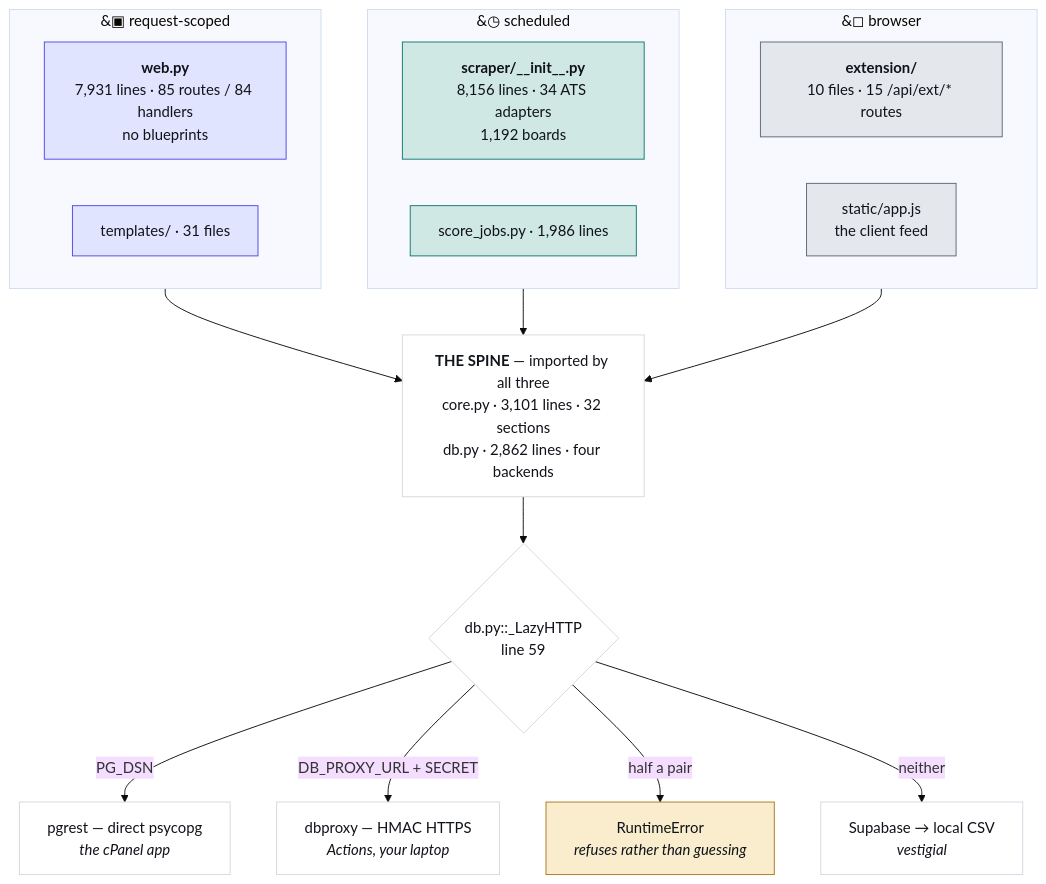
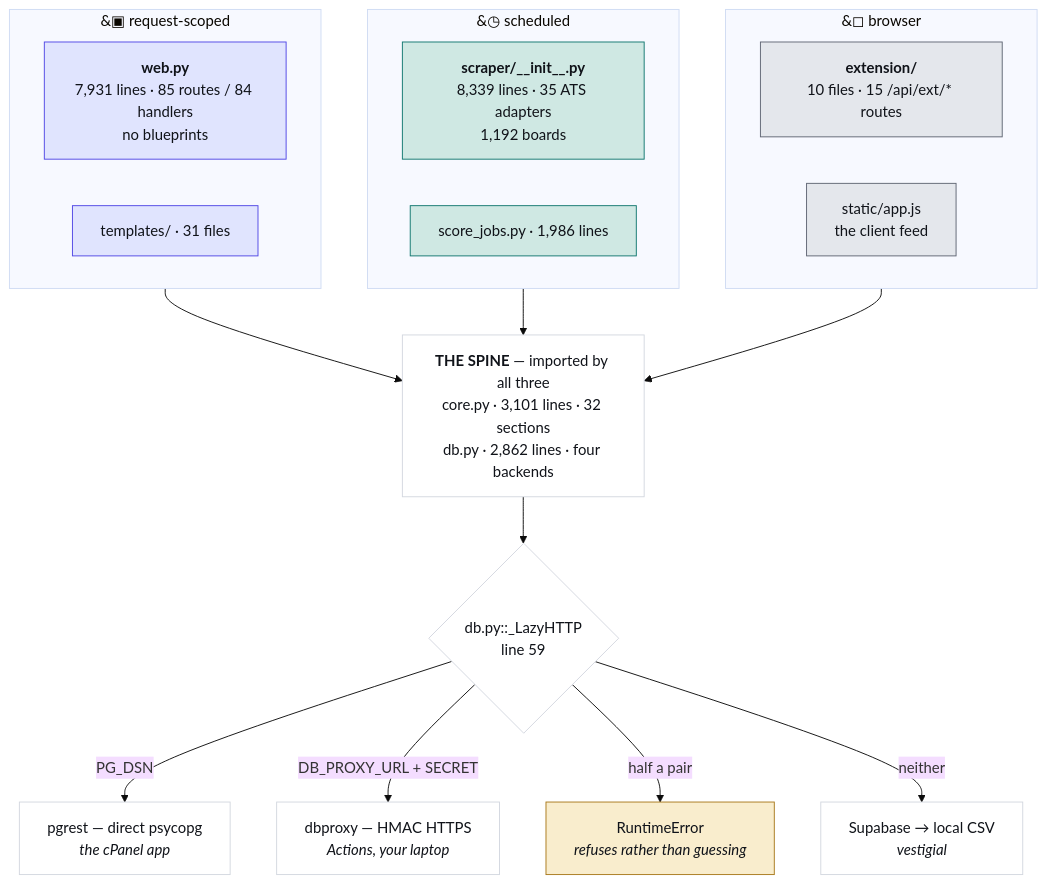
Before and after one commit to hadakunal909-debug/job-search-tool: the first of 4 diagrams in JobMatch Scraper/docs/ARCHITECTURE.md, drawn with Mermaid (base theme). The commit also changed other lines of this file and 6 other files, not shown here.

````diff
--- a/JobMatch Scraper/docs/ARCHITECTURE.md
+++ b/JobMatch Scraper/docs/ARCHITECTURE.md
@@ -45,34 +45,34 @@
 ```mermaid
 flowchart TB
   subgraph REQ["&#9635; request-scoped"]
     W["<b>web.py</b><br/>7,931 lines · 85 routes / 84 handlers<br/>no blueprints"]
     T["templates/ · 31 files"]
   end
   subgraph SCH["&#9719; scheduled"]
-    S["<b>scraper/__init__.py</b><br/>8,156 lines · 34 ATS adapters<br/>1,192 boards"]
+    S["<b>scraper/__init__.py</b><br/>8,339 lines · 35 ATS adapters<br/>1,192 boards"]
     J["score_jobs.py · 1,986 lines"]
   end
   subgraph CLI["&#9723; browser"]
     E["<b>extension/</b><br/>10 files · 15 /api/ext/* routes"]
     A["static/app.js<br/>the client feed"]
   end
   SPINE["<b>THE SPINE</b> — imported by all three<br/>core.py · 3,101 lines · 32 sections<br/>db.py · 2,862 lines · four backends"]
   REQ --> SPINE
   SCH --> SPINE
   CLI --> SPINE
   SPINE --> D{"db.py::_LazyHTTP<br/>line 59"}
   D -->|"PG_DSN"| P["pgrest — direct psycopg<br/><i>the cPanel app</i>"]
   D -->|"DB_PROXY_URL + SECRET"| X["dbproxy — HMAC HTTPS<br/><i>Actions, your laptop</i>"]
   D -->|"half a pair"| R["RuntimeError<br/><i>refuses rather than guessing</i>"]
   D -->|"neither"| V["Supabase → local CSV<br/><i>vestigial</i>"]
   classDef web fill:#e0e4fe,stroke:#4f46e5,color:#101319
   classDef sched fill:#cfe8e3,stroke:#0f766e,color:#101319
   classDef client fill:#e4e7ec,stroke:#5f6573,color:#101319
   classDef trap fill:#f9edcd,stroke:#a8781a,color:#101319
   classDef plain fill:#ffffff,stroke:#d3d7df,color:#101319
   class W,T web
   class S,J sched
   class E,A client
   class R trap
   class SPINE,D,P,X,V plain
 ```
````
